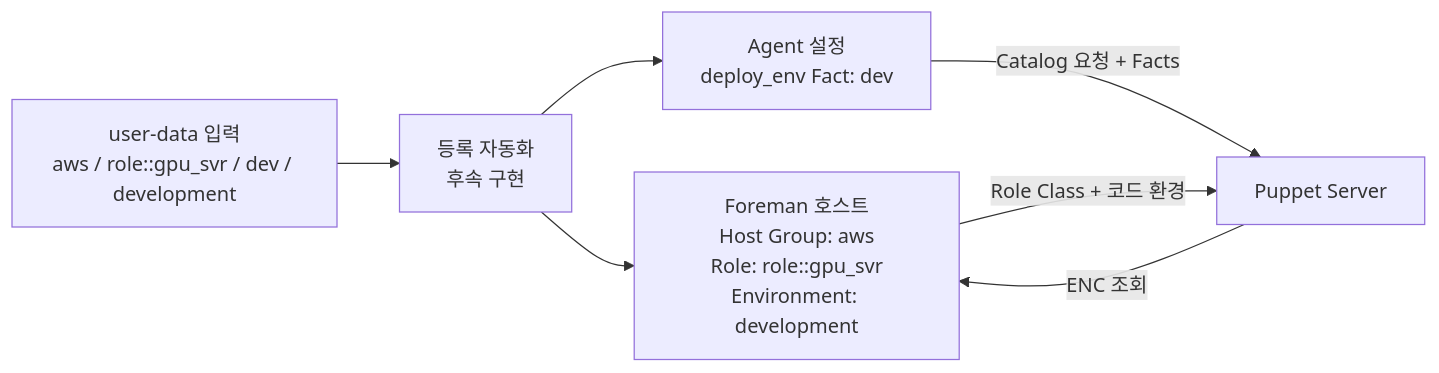
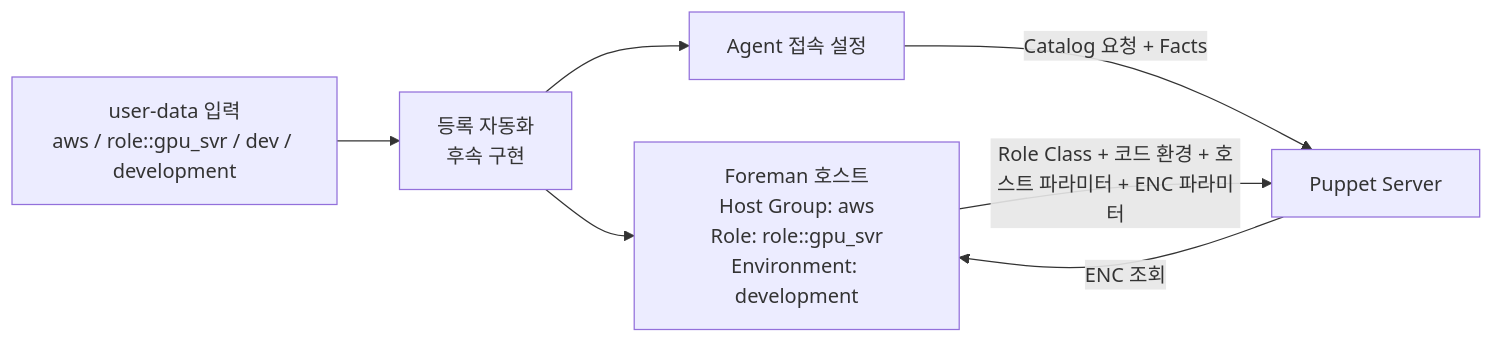
One commit to heyoon2j/y2-devops-lab changed the first of 2 diagrams in foreman-puppet/docs/WALKTHROUGH.md. Above: the diagram before and after it, drawn with Mermaid. The commit also changed other lines of this file and 19 other files, not shown here.

````diff
--- a/foreman-puppet/docs/WALKTHROUGH.md
+++ b/foreman-puppet/docs/WALKTHROUGH.md
@@ -28,9 +28,9 @@
 ```mermaid
 flowchart LR
     U["user-data 입력\naws / role::gpu_svr / dev / development"] --> R["등록 자동화\n후속 구현"]
     R --> F["Foreman 호스트\nHost Group: aws\nRole: role::gpu_svr\nEnvironment: development"]
-    R --> A["Agent 설정\ndeploy_env Fact: dev"]
+    R --> A["Agent 접속 설정"]
     A -->|"Catalog 요청 + Facts"| P["Puppet Server"]
     P -->|"ENC 조회"| F
-    F -->|"Role Class + 코드 환경"| P
+    F -->|"Role Class + 코드 환경 + 호스트 파라미터 + ENC 파라미터"| P
 ```
````
